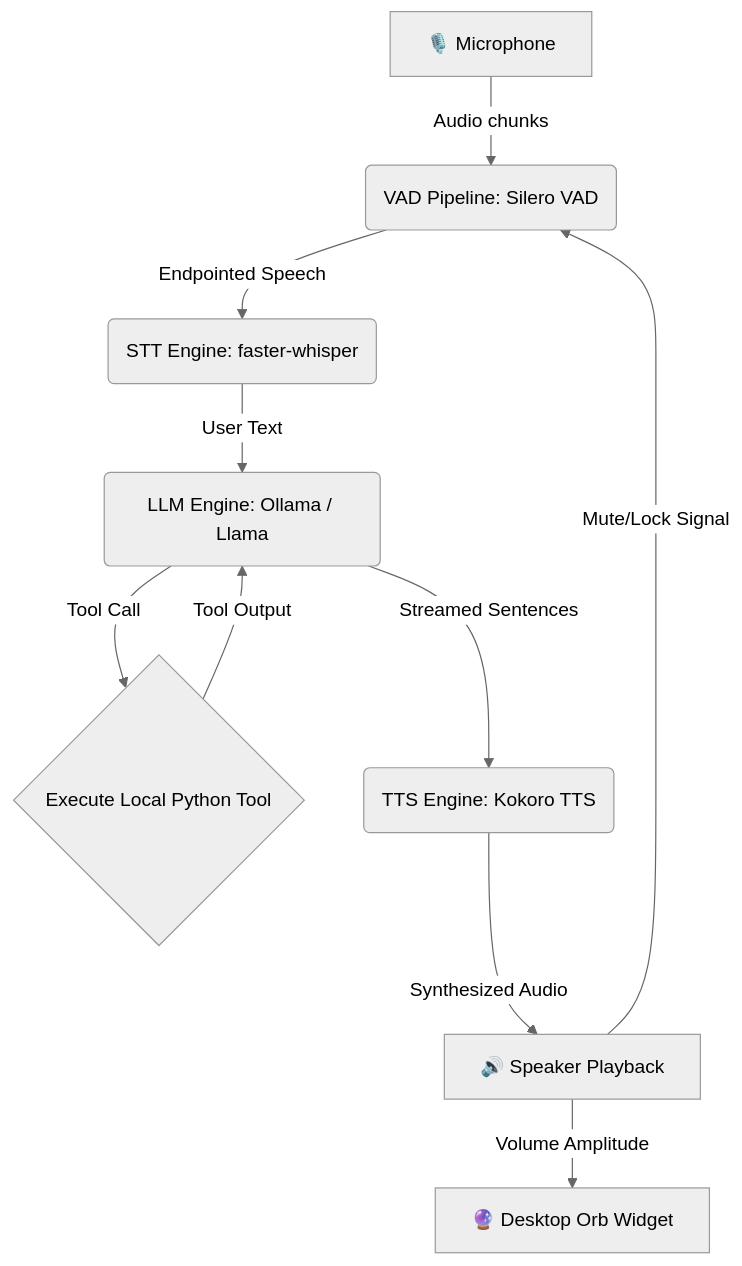
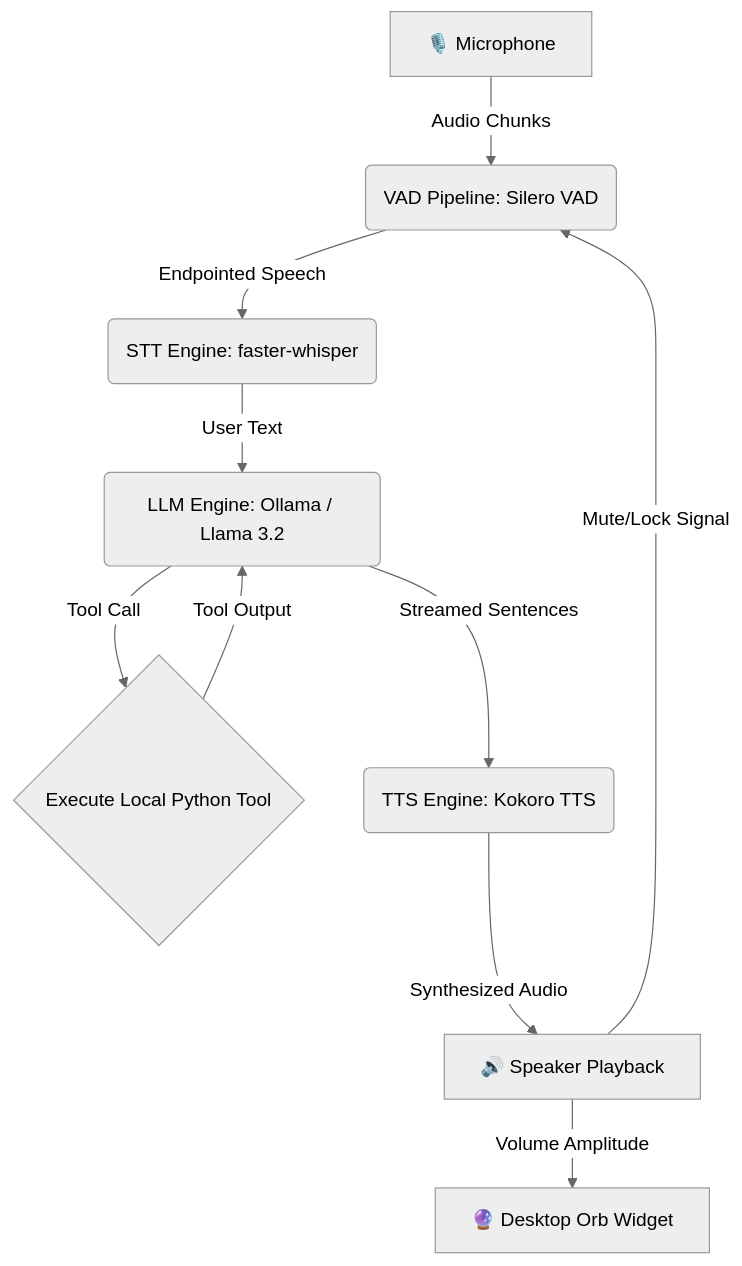
The diagram in README.md (saikrishnaallam/jarvis_ai), drawn with Mermaid (neutral theme) before and after one commit. The commit also changed other lines of this file, not shown here.

````diff
--- a/README.md
+++ b/README.md
@@ -24,12 +27,12 @@
 ```mermaid
 graph TD
-    A[🎙️ Microphone] -->|Audio chunks| B(VAD Pipeline: Silero VAD)
+    A[🎙️ Microphone] -->|Audio Chunks| B(VAD Pipeline: Silero VAD)
     B -->|Endpointed Speech| C(STT Engine: faster-whisper)
-    C -->|User Text| D(LLM Engine: Ollama / Llama)
+    C -->|User Text| D(LLM Engine: Ollama / Llama 3.2)
     D -->|Tool Call| E{Execute Local Python Tool}
     E -->|Tool Output| D
     D -->|Streamed Sentences| F(TTS Engine: Kokoro TTS)
     F -->|Synthesized Audio| G[🔊 Speaker Playback]
     G -->|Mute/Lock Signal| B
     G -->|Volume Amplitude| H[🔮 Desktop Orb Widget]
 ```
````
